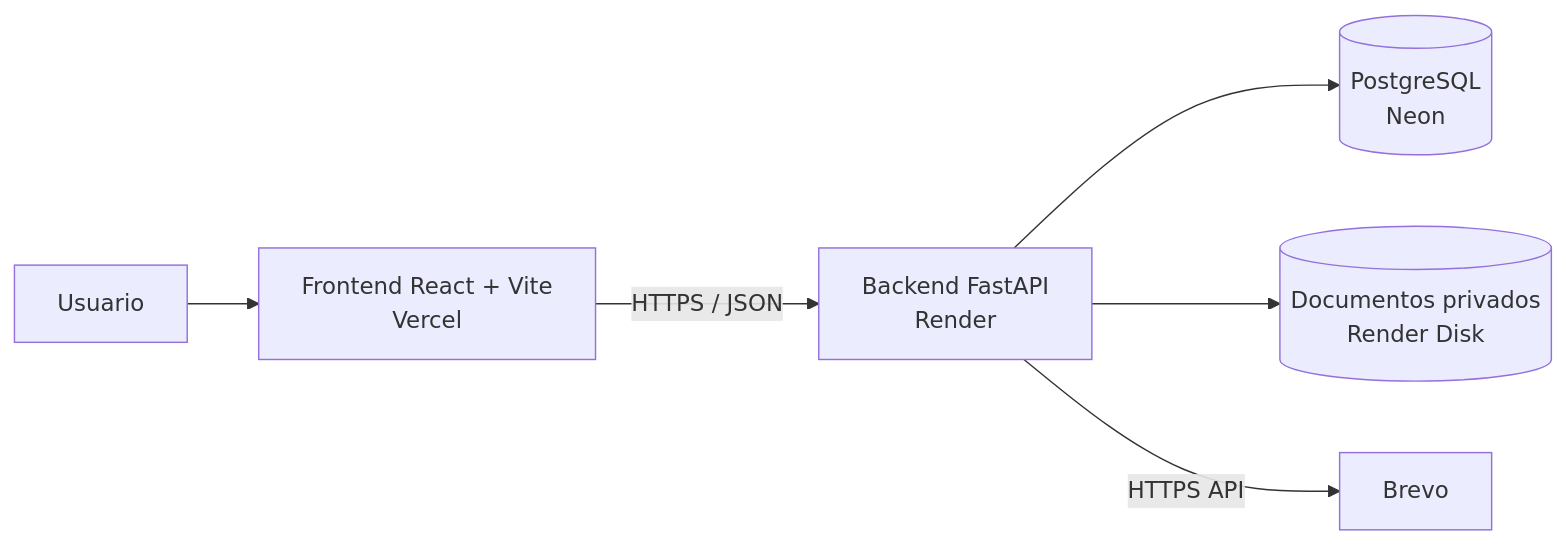
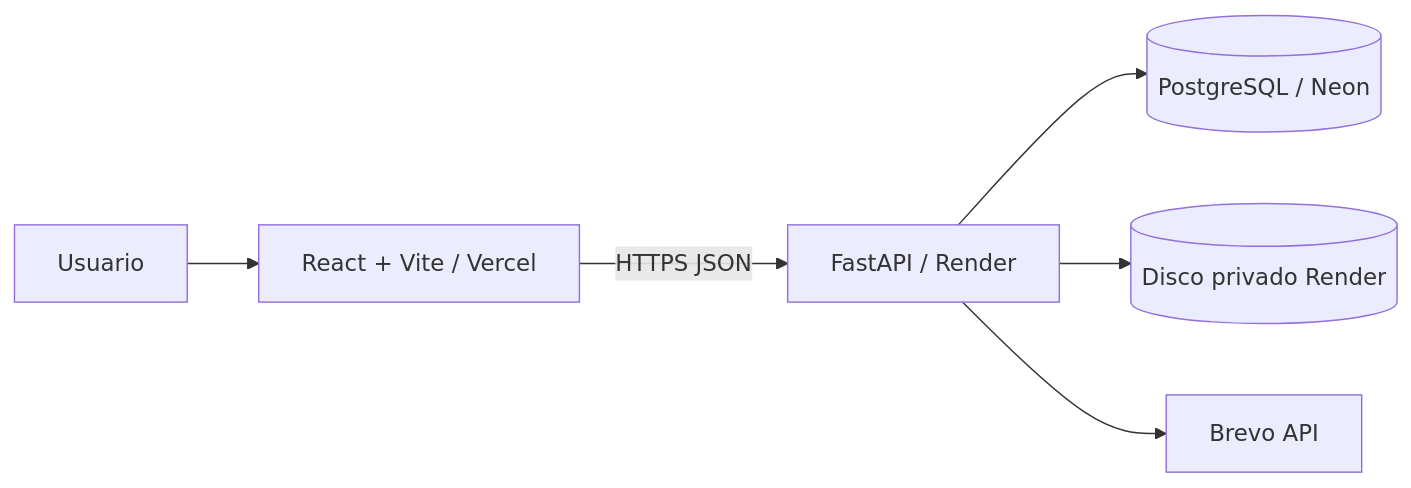
The diagram in README.md (jquesada92/flujo-solicitud-gastos), drawn with Mermaid before and after one commit. The commit also changed other lines of this file, not shown here.

Commit message:
docs: update README for configurable IAM and FastAPI architecture

````diff
--- a/README.md
+++ b/README.md
@@ -57,8 +106,8 @@
 ```mermaid
 flowchart LR
-    U[Usuario] --> V[Frontend React + Vite<br/>Vercel]
-    V -->|HTTPS / JSON| R[Backend FastAPI<br/>Render]
-    R --> N[(PostgreSQL<br/>Neon)]
-    R --> D[(Documentos privados<br/>Render Disk)]
-    R -->|HTTPS API| B[Brevo]
+    U[Usuario] --> F[React + Vite / Vercel]
+    F -->|HTTPS JSON| A[FastAPI / Render]
+    A --> D[(PostgreSQL / Neon)]
+    A --> S[(Disco privado Render)]
+    A --> E[Brevo API]
 ```
````
